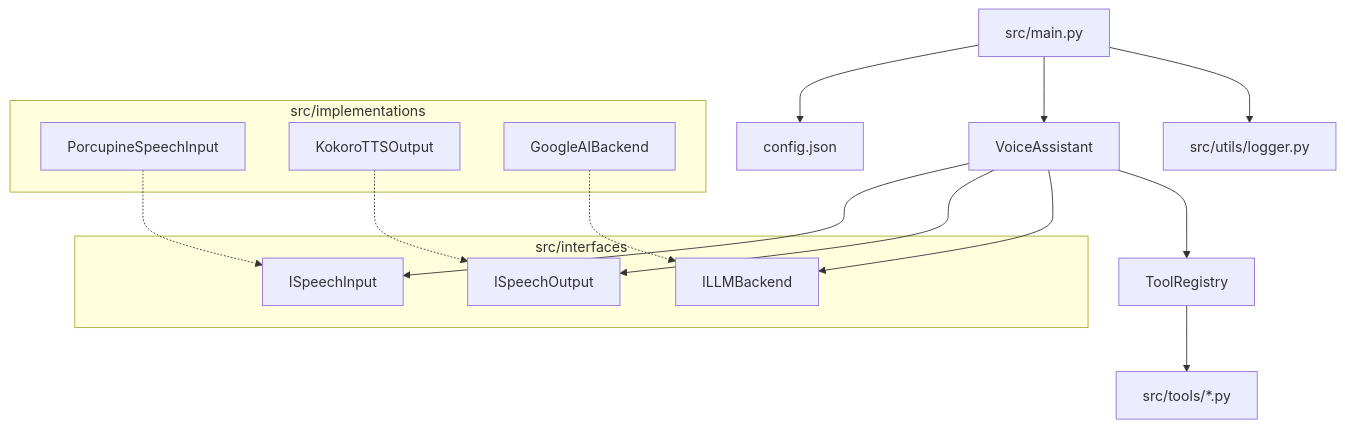
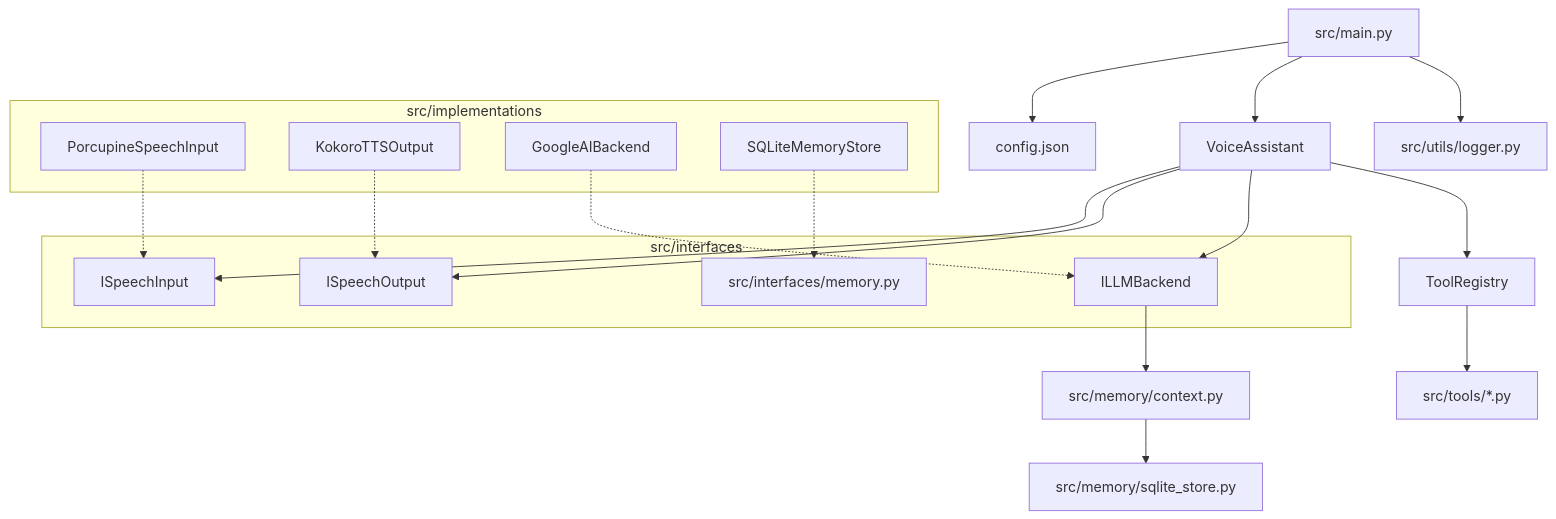
One commit to hitbutton/Miyori changed the diagram in ARCHITECTURE.md. Above: the diagram before and after it, drawn with Mermaid. The commit also changed other lines of this file and 2 other files, not shown here.

````diff
--- a/ARCHITECTURE.md
+++ b/ARCHITECTURE.md
@@ -10,25 +10,30 @@
 ```mermaid
 graph TD
     Main[src/main.py] --> Config[config.json]
     Main --> Assistant[VoiceAssistant]
     Main --> Logger[src/utils/logger.py]
     
     Assistant --> Inputs[ISpeechInput]
     Assistant --> Outputs[ISpeechOutput]
     Assistant --> Brain[ILLMBackend]
     Assistant --> ToolRegistry[ToolRegistry]
     
+    Brain --> Memory[src/memory/context.py]
+    Memory --> Store[src/memory/sqlite_store.py]
+    
     ToolRegistry --> Tools[src/tools/*.py]
     
     subgraph Interfaces [src/interfaces]
         Inputs
         Outputs
         Brain
+        IMemory[src/interfaces/memory.py]
     end
     
     subgraph Implementations [src/implementations]
         Porcupine[PorcupineSpeechInput] -.-> Inputs
         Kokoro[KokoroTTSOutput] -.-> Outputs
         GoogleAI[GoogleAIBackend] -.-> Brain
+        SQLiteStore[SQLiteMemoryStore] -.-> IMemory
     end
 ```
````
